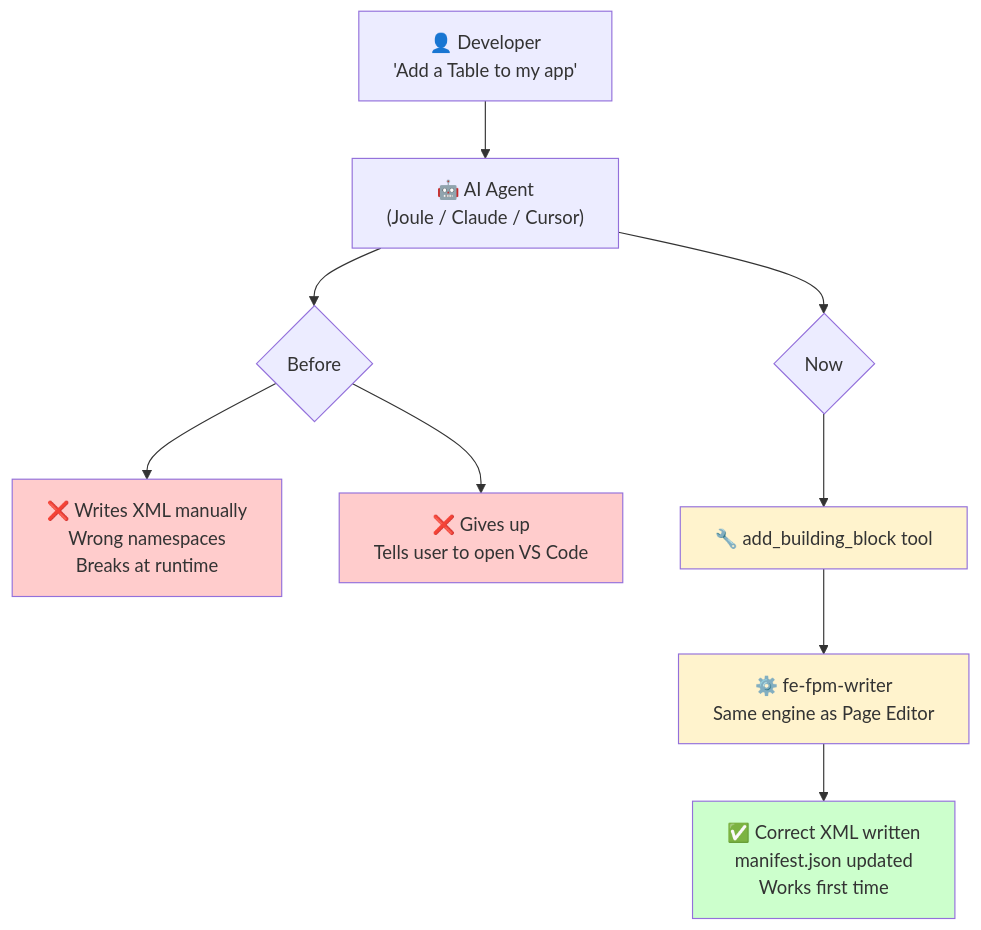
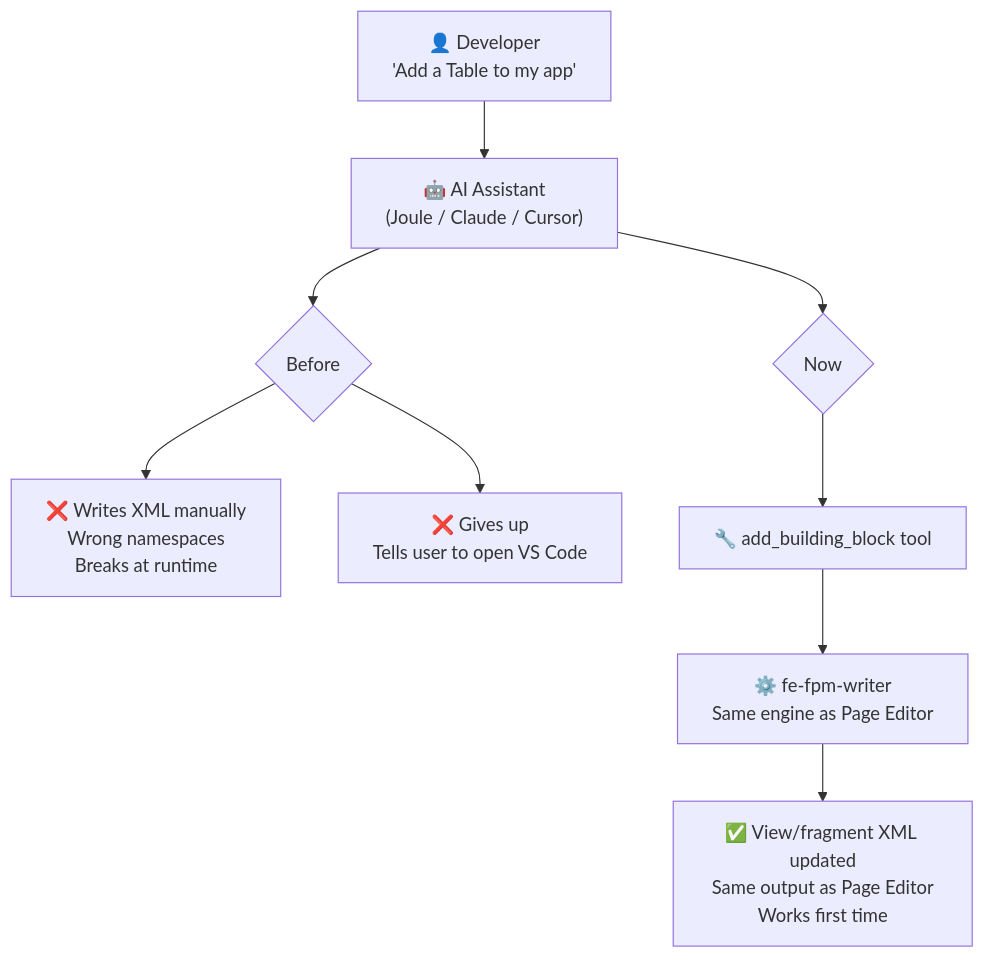
The diagram in packages/fiori-mcp-server/add-building-block-spec.md (SAP/open-ux-tools), drawn with Mermaid before and after one commit. The commit also changed other lines of this file, not shown here.

Commit message:
cleanup: spec diagram

````diff
--- a/packages/fiori-mcp-server/add-building-block-spec.md
+++ b/packages/fiori-mcp-server/add-building-block-spec.md
@@ -107,20 +74,15 @@
 ```mermaid
 flowchart TD
     A["👤 Developer<br/>'Add a Table to my app'"]
-    A --> B["🤖 AI Agent<br/>(Joule / Claude / Cursor)"]
+    A --> B["🤖 AI Assistant<br/>(Joule / Claude / Cursor)"]
 
     B --> C{"Before"}
     C --> D["❌ Writes XML manually<br/>Wrong namespaces<br/>Breaks at runtime"]
     C --> E["❌ Gives up<br/>Tells user to open VS Code"]
 
     B --> F{"Now"}
     F --> G["🔧 add_building_block tool"]
     G --> H["⚙️ fe-fpm-writer<br/>Same engine as Page Editor"]
-    H --> I["✅ Correct XML written<br/>manifest.json updated<br/>Works first time"]
+    H --> I["✅ View/fragment XML updated<br/>Same output as Page Editor<br/>Works first time"]
 
-    style D fill:#ffcccc
-    style E fill:#ffcccc
-    style I fill:#ccffcc
-    style G fill:#fff3cd
-    style H fill:#fff3cd
 ```
````
